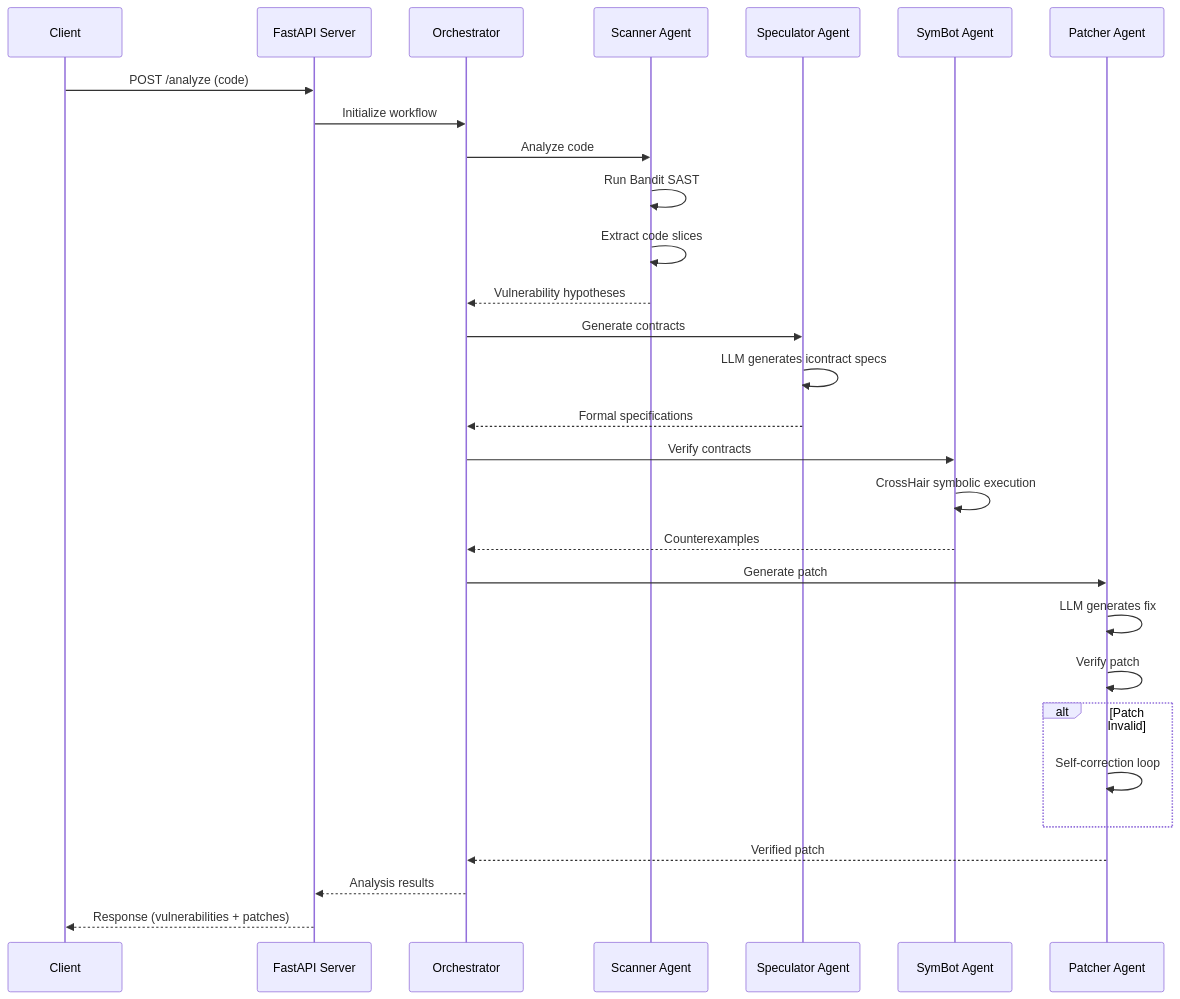
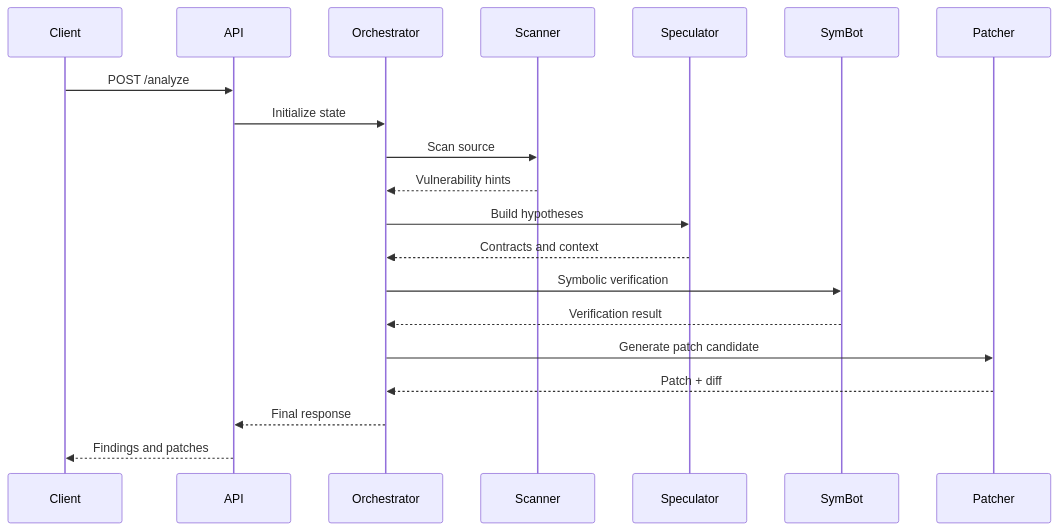
The second of 2 diagrams in README.md (Keerthivasan-Venkitajalam/secure-code-ai), drawn with Mermaid before and after one commit. The commit also changed other lines of this file, not shown here.

````diff
--- a/README.md
+++ b/README.md
@@ -152,37 +116,23 @@
 ```mermaid
 sequenceDiagram
-    participant Client
-    participant API as FastAPI Server
-    participant Orch as Orchestrator
-    participant Scan as Scanner Agent
-    participant Spec as Speculator Agent
-    participant Sym as SymBot Agent
-    participant Patch as Patcher Agent
+    participant C as Client
+    participant A as API
+    participant O as Orchestrator
+    participant S as Scanner
+    participant P as Speculator
+    participant Y as SymBot
+    participant H as Patcher
 
-    Client->>API: POST /analyze (code)
-    API->>Orch: Initialize workflow
-    
-    Orch->>Scan: Analyze code
-    Scan->>Scan: Run Bandit SAST
-    Scan->>Scan: Extract code slices
-    Scan-->>Orch: Vulnerability hypotheses
-    
-    Orch->>Spec: Generate contracts
-    Spec->>Spec: LLM generates icontract specs
-    Spec-->>Orch: Formal specifications
-    
-    Orch->>Sym: Verify contracts
-    Sym->>Sym: CrossHair symbolic execution
-    Sym-->>Orch: Counterexamples
-    
-    Orch->>Patch: Generate patch
-    Patch->>Patch: LLM generates fix
-    Patch->>Patch: Verify patch
-    alt Patch Invalid
-        Patch->>Patch: Self-correction loop
-    end
-    Patch-->>Orch: Verified patch
-    
-    Orch-->>API: Analysis results
-    API-->>Client: Response (vulnerabilities + patches)
+    C->>A: POST /analyze
+    A->>O: Initialize state
+    O->>S: Scan source
+    S-->>O: Vulnerability hints
+    O->>P: Build hypotheses
+    P-->>O: Contracts and context
+    O->>Y: Symbolic verification
+    Y-->>O: Verification result
+    O->>H: Generate patch candidate
+    H-->>O: Patch + diff
+    O-->>A: Final response
+    A-->>C: Findings and patches
 ```
````
